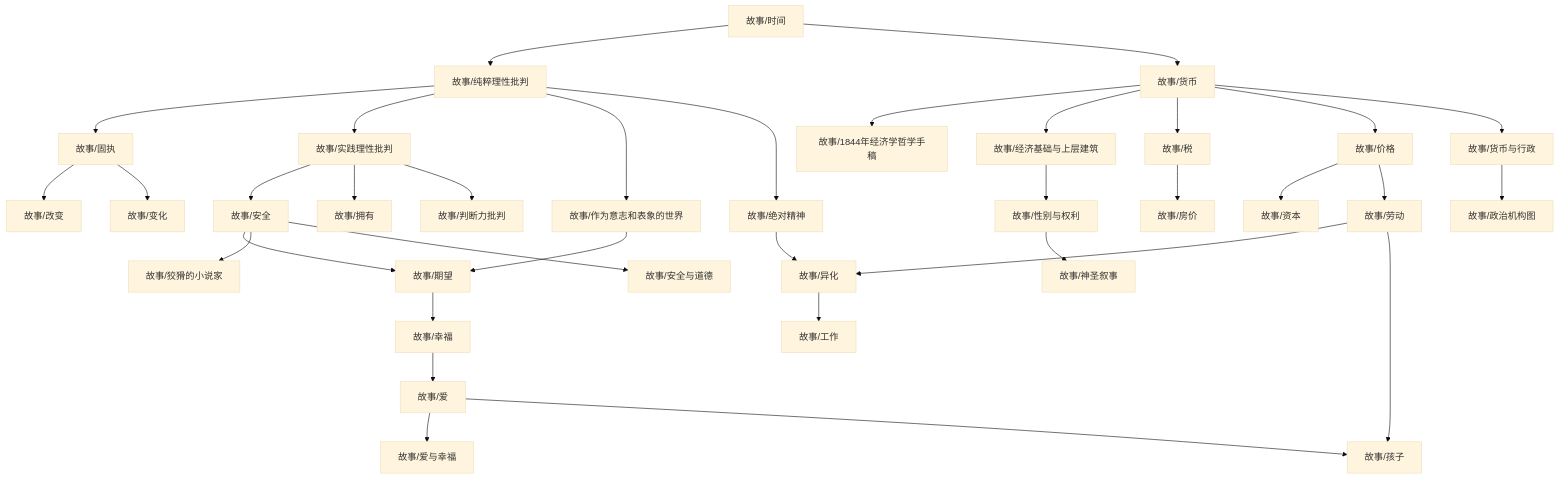
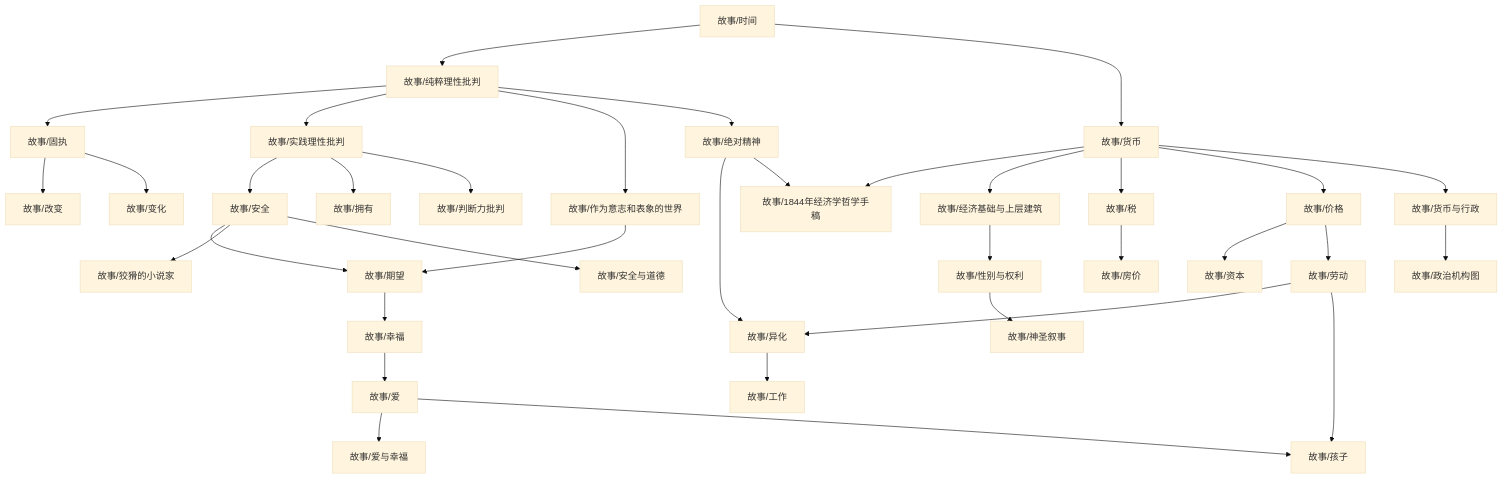
The diagram in content/故事/dependency_graph.md (zengls3186428803/zengls3186428803.github.io), drawn with Mermaid (base theme) before and after one commit. The commit also changed 2 other files, not shown here.

Commit message:
feat: add new link to "绝对精神" in 1844 manuscript for enhanced context
- Introduced a new link to the section "故事/绝对精神" in the manuscript, providing additional context for readers.
- Improved the manuscript's structure by integrating relevant sections for better flow and comprehension.

````diff
--- a/content/故事/dependency_graph.md
+++ b/content/故事/dependency_graph.md
@@ -1,37 +1,38 @@
 ```mermaid
 graph TD
 1["故事/劳动"] --> 0["故事/异化"]
 2["故事/绝对精神"] --> 0["故事/异化"]
 4["故事/纯粹理性批判"] --> 3["故事/固执"]
 6["故事/经济基础与上层建筑"] --> 5["故事/性别与权利"]
 8["故事/价格"] --> 7["故事/资本"]
 3["故事/固执"] --> 9["故事/改变"]
 11["故事/货币"] --> 10["故事/1844年经济学哲学手稿"]
+2["故事/绝对精神"] --> 10["故事/1844年经济学哲学手稿"]
 13["故事/作为意志和表象的世界"] --> 12["故事/期望"]
 14["故事/安全"] --> 12["故事/期望"]
 14["故事/安全"] --> 15["故事/狡猾的小说家"]
 4["故事/纯粹理性批判"] --> 16["故事/实践理性批判"]
 17["故事/时间"] --> 4["故事/纯粹理性批判"]
 16["故事/实践理性批判"] --> 14["故事/安全"]
 11["故事/货币"] --> 6["故事/经济基础与上层建筑"]
 16["故事/实践理性批判"] --> 18["故事/拥有"]
 11["故事/货币"] --> 19["故事/税"]
 19["故事/税"] --> 20["故事/房价"]
 22["故事/货币与行政"] --> 21["故事/政治机构图"]
 3["故事/固执"] --> 23["故事/变化"]
 25["故事/幸福"] --> 24["故事/爱"]
 11["故事/货币"] --> 8["故事/价格"]
 4["故事/纯粹理性批判"] --> 13["故事/作为意志和表象的世界"]
 4["故事/纯粹理性批判"] --> 2["故事/绝对精神"]
 11["故事/货币"] --> 22["故事/货币与行政"]
 14["故事/安全"] --> 27["故事/安全与道德"]
 5["故事/性别与权利"] --> 28["故事/神圣叙事"]
 0["故事/异化"] --> 29["故事/工作"]
 24["故事/爱"] --> 30["故事/爱与幸福"]
 17["故事/时间"] --> 11["故事/货币"]
 24["故事/爱"] --> 31["故事/孩子"]
 1["故事/劳动"] --> 31["故事/孩子"]
 8["故事/价格"] --> 1["故事/劳动"]
 16["故事/实践理性批判"] --> 32["故事/判断力批判"]
 12["故事/期望"] --> 25["故事/幸福"]
 ```
````
